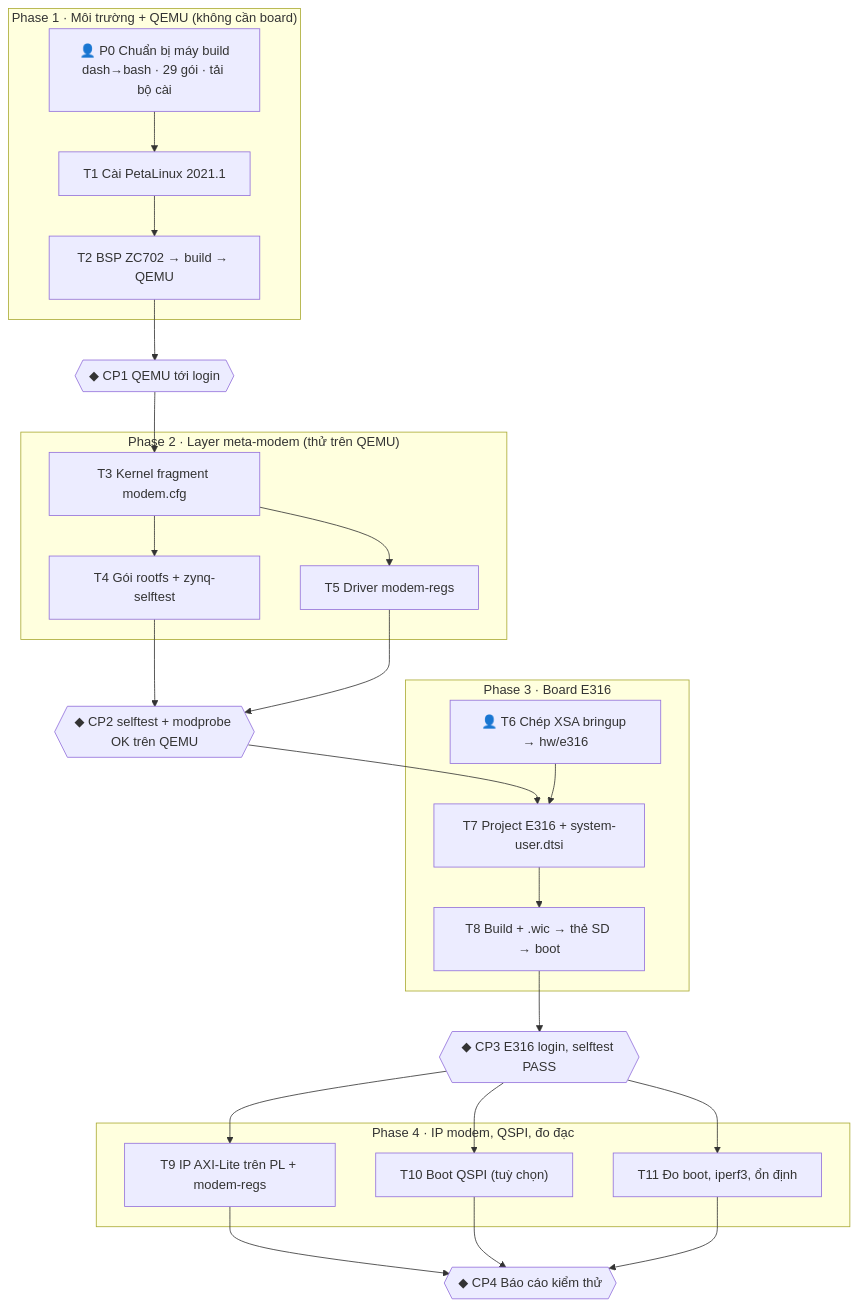
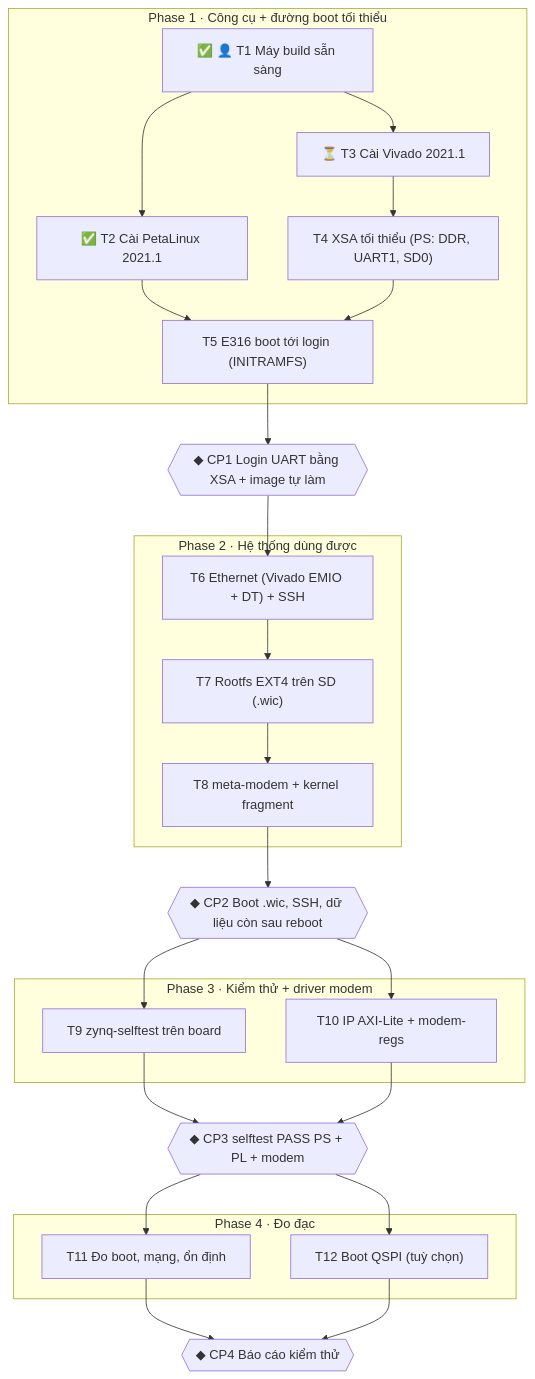
The diagram in docs/lo-trinh.md (dangcute99/NCKH_V7), drawn with Mermaid before and after one commit. The commit also changed other lines of this file and 6 other files, not shown here.

````diff
--- a/docs/lo-trinh.md
+++ b/docs/lo-trinh.md
@@ -15,35 +16,35 @@
 ```mermaid
 flowchart TD
-  subgraph P1["Phase 1 · Môi trường + QEMU (không cần board)"]
-    P0["👤 P0 Chuẩn bị máy build<br/>dash→bash · 29 gói · tải bộ cài"]
-    T1["T1 Cài PetaLinux 2021.1"]
-    T2["T2 BSP ZC702 → build → QEMU"]
+  subgraph P1["Phase 1 · Công cụ + đường boot tối thiểu"]
+    T1["✅ 👤 T1 Máy build sẵn sàng"]
+    T2["✅ T2 Cài PetaLinux 2021.1"]
+    T3["⏳ T3 Cài Vivado 2021.1"]
+    T4["T4 XSA tối thiểu (PS: DDR, UART1, SD0)"]
+    T5["T5 E316 boot tới login (INITRAMFS)"]
   end
-  CP1{{"◆ CP1 QEMU tới login"}}
-  subgraph P2["Phase 2 · Layer meta-modem (thử trên QEMU)"]
-    T3["T3 Kernel fragment modem.cfg"]
-    T4["T4 Gói rootfs + zynq-selftest"]
-    T5["T5 Driver modem-regs"]
+  CP1{{"◆ CP1 Login UART bằng XSA + image tự làm"}}
+  subgraph P2["Phase 2 · Hệ thống dùng được"]
+    T6["T6 Ethernet (Vivado EMIO + DT) + SSH"]
+    T7["T7 Rootfs EXT4 trên SD (.wic)"]
+    T8["T8 meta-modem + kernel fragment"]
   end
-  CP2{{"◆ CP2 selftest + modprobe OK trên QEMU"}}
-  subgraph P3["Phase 3 · Board E316"]
-    T6["👤 T6 Chép XSA bringup → hw/e316"]
-    T7["T7 Project E316 + system-user.dtsi"]
-    T8["T8 Build + .wic → thẻ SD → boot"]
+  CP2{{"◆ CP2 Boot .wic, SSH, dữ liệu còn sau reboot"}}
+  subgraph P3["Phase 3 · Kiểm thử + driver modem"]
+    T9["T9 zynq-selftest trên board"]
+    T10["T10 IP AXI-Lite + modem-regs"]
   end
-  CP3{{"◆ CP3 E316 login, selftest PASS"}}
-  subgraph P4["Phase 4 · IP modem, QSPI, đo đạc"]
-    T9["T9 IP AXI-Lite trên PL + modem-regs"]
-    T10["T10 Boot QSPI (tuỳ chọn)"]
-    T11["T11 Đo boot, iperf3, ổn định"]
+  CP3{{"◆ CP3 selftest PASS PS + PL + modem"}}
+  subgraph P4["Phase 4 · Đo đạc"]
+    T11["T11 Đo boot, mạng, ổn định"]
+    T12["T12 Boot QSPI (tuỳ chọn)"]
   end
   CP4{{"◆ CP4 Báo cáo kiểm thử"}}
-  P0 --> T1 --> T2 --> CP1
-  CP1 --> T3
-  T3 --> T4 & T5
-  T4 & T5 --> CP2
-  CP2 --> T7
-  T6 --> T7 --> T8 --> CP3
-  CP3 --> T9 & T10 & T11
-  T9 & T10 & T11 --> CP4
+  T1 --> T2 & T3
+  T3 --> T4
+  T2 & T4 --> T5 --> CP1
+  CP1 --> T6 --> T7 --> T8 --> CP2
+  CP2 --> T9 & T10
+  T9 & T10 --> CP3
+  CP3 --> T11 & T12
+  T11 & T12 --> CP4
 ```
````
